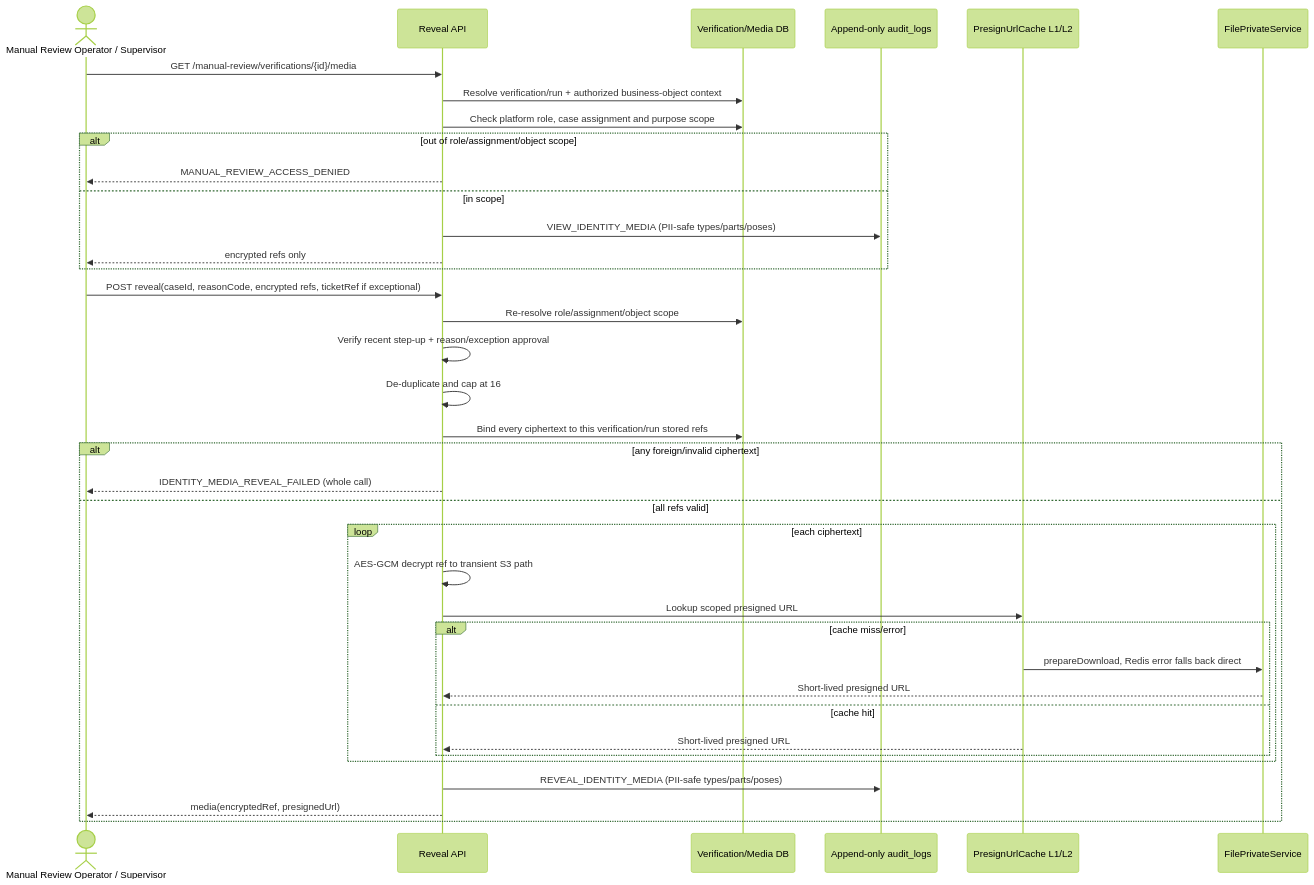
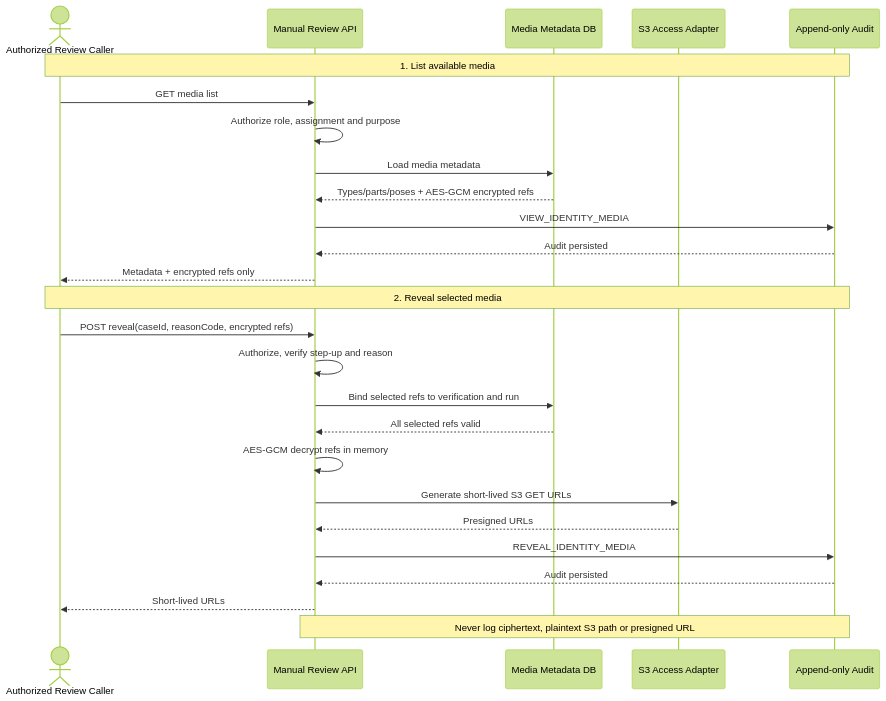
Diagram 17 of 19 in tdd2.md (huynv-xyz/vhm), drawn with Mermaid (forest theme) before and after one commit. The commit also changed other lines of this file, not shown here.

````diff
--- a/tdd2.md
+++ b/tdd2.md
@@ -1346,39 +1351,31 @@
 ```mermaid
 sequenceDiagram
-    actor CALLER as Manual Review Operator / Supervisor
-    participant API as Reveal API
-    participant DB as Verification/Media DB
-    participant AUDIT as Append-only audit_logs
-    participant CACHE as PresignUrlCache L1/L2
-    participant FILE as FilePrivateService
-    CALLER->>API: GET /manual-review/verifications/{id}/media
-    API->>DB: Resolve verification/run + authorized business-object context
-    API->>DB: Check platform role, case assignment and purpose scope
-    alt out of role/assignment/object scope
-        API-->>CALLER: MANUAL_REVIEW_ACCESS_DENIED
-    else in scope
-        API->>AUDIT: VIEW_IDENTITY_MEDIA (PII-safe types/parts/poses)
-        API-->>CALLER: encrypted refs only
-    end
-    CALLER->>API: POST reveal(caseId, reasonCode, encrypted refs, ticketRef if exceptional)
-    API->>DB: Re-resolve role/assignment/object scope
-    API->>API: Verify recent step-up + reason/exception approval
-    API->>API: De-duplicate and cap at 16
-    API->>DB: Bind every ciphertext to this verification/run stored refs
-    alt any foreign/invalid ciphertext
-        API-->>CALLER: IDENTITY_MEDIA_REVEAL_FAILED (whole call)
-    else all refs valid
-        loop each ciphertext
-            API->>API: AES-GCM decrypt ref to transient S3 path
-            API->>CACHE: Lookup scoped presigned URL
-            alt cache miss/error
-                CACHE->>FILE: prepareDownload, Redis error falls back direct
-                FILE-->>API: Short-lived presigned URL
-            else cache hit
-                CACHE-->>API: Short-lived presigned URL
-            end
-        end
-        API->>AUDIT: REVEAL_IDENTITY_MEDIA (PII-safe types/parts/poses)
-        API-->>CALLER: media(encryptedRef, presignedUrl)
-    end
+    actor CALLER as Authorized Review Caller
+    participant API as Manual Review API
+    participant DB as Media Metadata DB
+    participant STORAGE as S3 Access Adapter
+    participant AUDIT as Append-only Audit
+
+    Note over CALLER,AUDIT: 1. List available media
+    CALLER->>API: GET media list
+    API->>API: Authorize role, assignment and purpose
+    API->>DB: Load media metadata
+    DB-->>API: Types/parts/poses + AES-GCM encrypted refs
+    API->>AUDIT: VIEW_IDENTITY_MEDIA
+    AUDIT-->>API: Audit persisted
+    API-->>CALLER: Metadata + encrypted refs only
+
+    Note over CALLER,AUDIT: 2. Reveal selected media
+    CALLER->>API: POST reveal(caseId, reasonCode, encrypted refs)
+    API->>API: Authorize, verify step-up and reason
+    API->>DB: Bind selected refs to verification and run
+    DB-->>API: All selected refs valid
+    API->>API: AES-GCM decrypt refs in memory
+    API->>STORAGE: Generate short-lived S3 GET URLs
+    STORAGE-->>API: Presigned URLs
+    API->>AUDIT: REVEAL_IDENTITY_MEDIA
+    AUDIT-->>API: Audit persisted
+    API-->>CALLER: Short-lived URLs
+
+    Note over API,AUDIT: Never log ciphertext, plaintext S3 path or presigned URL
 ```
````
